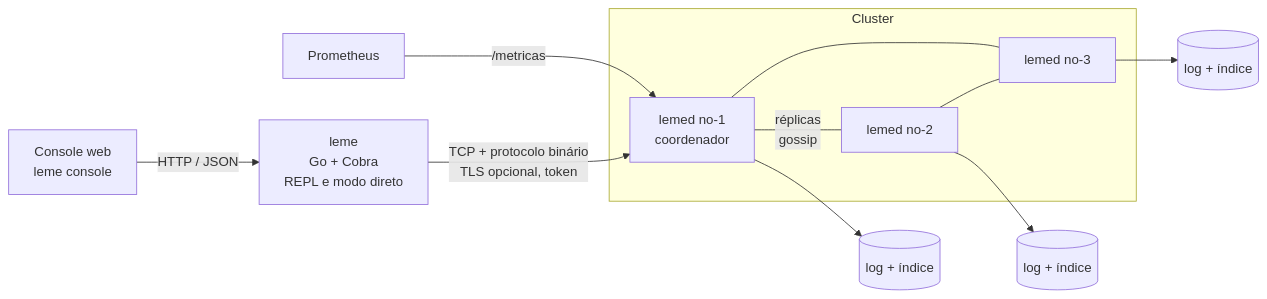
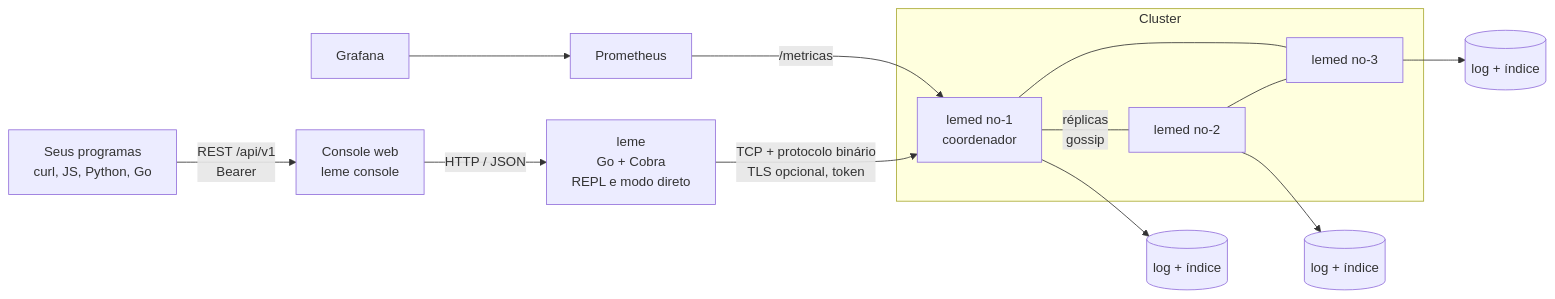
One commit to ravelroot/Distributed-Key-Value-CLI changed the diagram in README.md. Above: the diagram before and after it, drawn with Mermaid. The commit also changed other lines of this file and 51 other files, not shown here.

````diff
--- a/README.md
+++ b/README.md
@@ -47,14 +64,16 @@
 ```mermaid
 flowchart LR
     CLI["leme<br/>Go + Cobra<br/>REPL e modo direto"] -- "TCP + protocolo binário<br/>TLS opcional, token" --> N1
     WEB["Console web<br/>leme console"] -- "HTTP / JSON" --> CLI
+    API["Seus programas<br/>curl, JS, Python, Go"] -- "REST /api/v1<br/>Bearer" --> WEB
     subgraph Cluster
       N1["lemed no-1<br/>coordenador"] -- "réplicas<br/>gossip" --- N2["lemed no-2"]
       N2 --- N3["lemed no-3"]
       N3 --- N1
     end
     N1 --> D1[("log + índice")]
     N2 --> D2[("log + índice")]
     N3 --> D3[("log + índice")]
     PROM["Prometheus"] -- "/metricas" --> N1
+    GRAF["Grafana"] --> PROM
 ```
````
